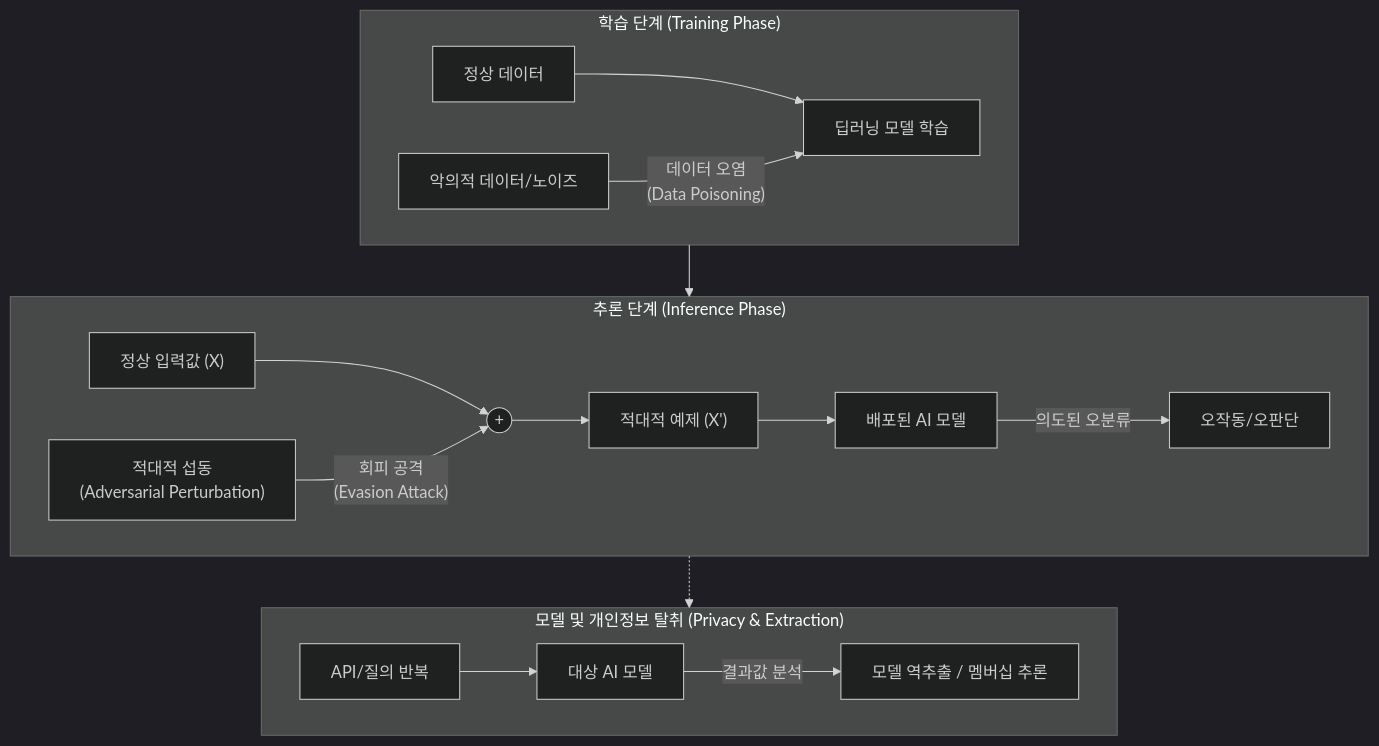
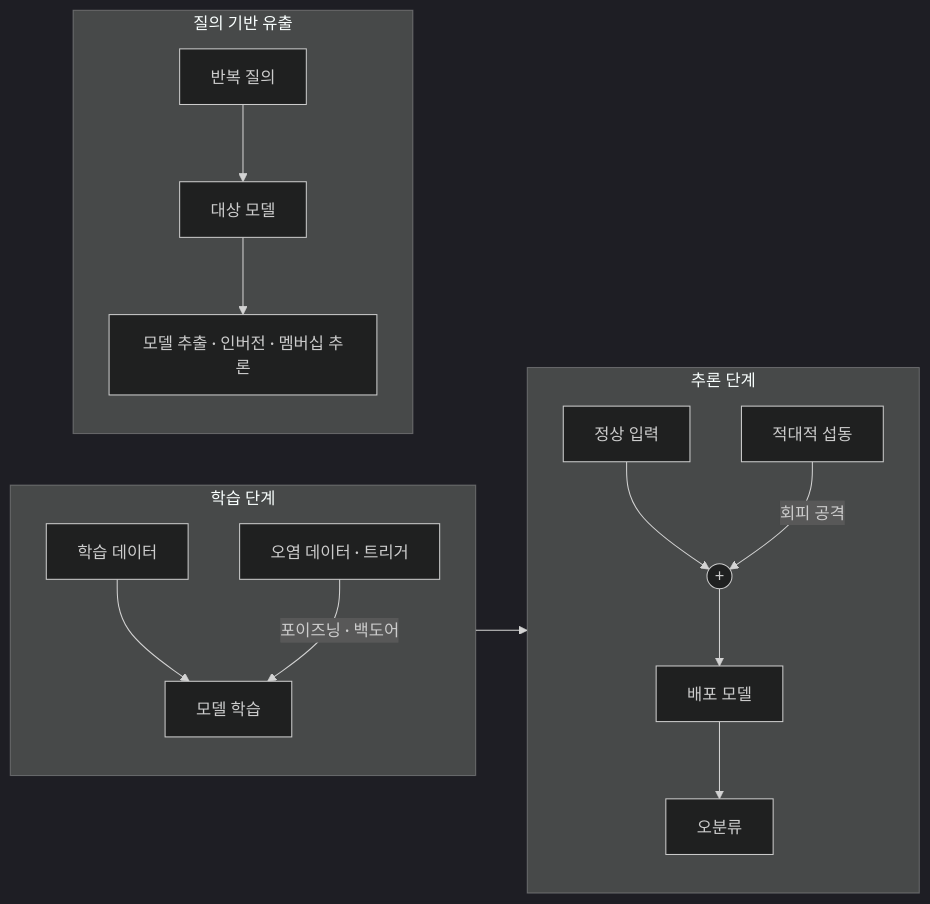
The diagram in content/01_IT Tech/딥러닝 취약점.md (supremethumb/supremethumb.github.io), drawn with Mermaid (dark theme) before and after one commit. The commit also changed other lines of this file and 1087 other files, not shown here.

````diff
--- a/content/01_IT Tech/딥러닝 취약점.md
+++ b/content/01_IT Tech/딥러닝 취약점.md
@@ -22,33 +34,16 @@
 ```mermaid
-flowchart TD
-    subgraph Phase1["학습 단계 (Training Phase)"]
-        direction LR
-        D["정상 데이터"]
-        M_Data["악의적 데이터/노이즈"]
-        D --> Train
-        M_Data -- "데이터 오염<br/>(Data Poisoning)" --> Train["딥러닝 모델 학습"]
+flowchart LR
+    subgraph TR["학습 단계"]
+        D["학습 데이터"] --> T["모델 학습"]
+        P["오염 데이터 · 트리거"] -->|"포이즈닝 · 백도어"| T
     end
-
-    subgraph Phase2["추론 단계 (Inference Phase)"]
-        direction LR
-        Input["정상 입력값 (X)"]
-        Noise["적대적 섭동<br/>(Adversarial Perturbation)"]
-        Adv["적대적 예제 (X')"]
-        
-        Input --> Input_Merge
-        Noise -- "회피 공격<br/>(Evasion Attack)" --> Input_Merge
-        Input_Merge((+)) --> Adv
-        Adv --> Model["배포된 AI 모델"]
-        Model -- "의도된 오분류" --> Output["오작동/오판단"]
+    subgraph INF["추론 단계"]
+        X["정상 입력"] --> ADD(("+"))
+        N["적대적 섭동"] -->|"회피 공격"| ADD
+        ADD --> M["배포 모델"] --> O["오분류"]
     end
-
-    subgraph Phase3["모델 및 개인정보 탈취 (Privacy & Extraction)"]
-        direction LR
-        API["API/질의 반복"] --> Model_T["대상 AI 모델"]
-        Model_T -- "결과값 분석" --> Ext["모델 역추출 / 멤버십 추론"]
+    subgraph PRV["질의 기반 유출"]
+        Q["반복 질의"] --> M2["대상 모델"] --> E["모델 추출 · 인버전 · 멤버십 추론"]
     end
-
-    Phase1 --> Phase2
-    Phase2 -.-> Phase3
-
+    TR --> INF
 ```
````
